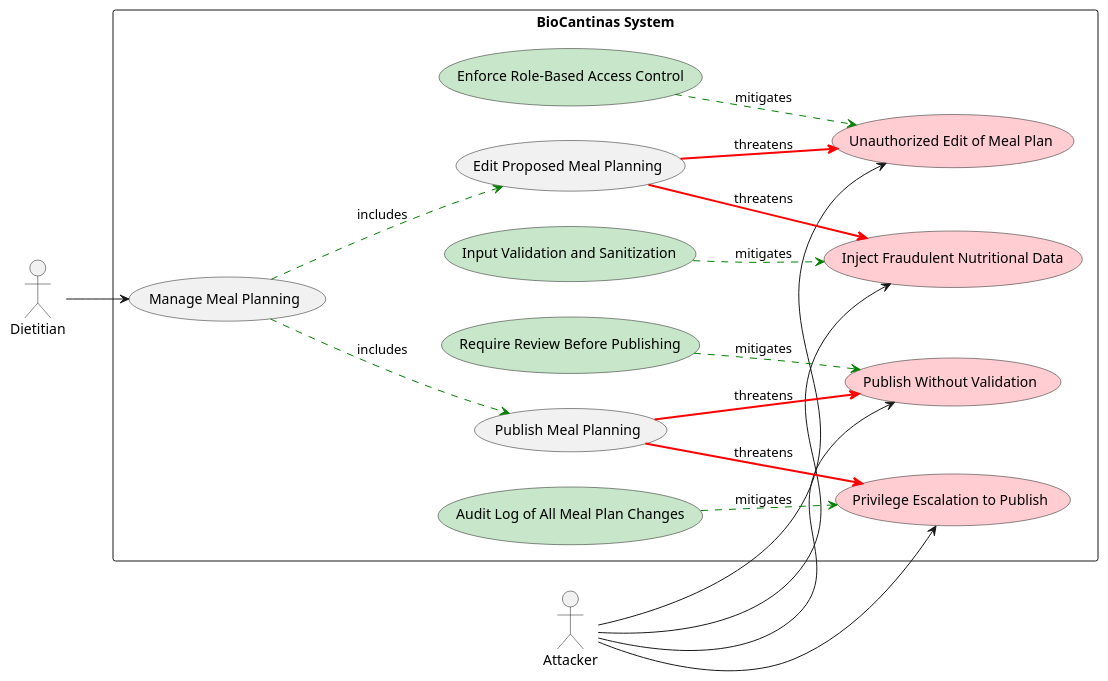
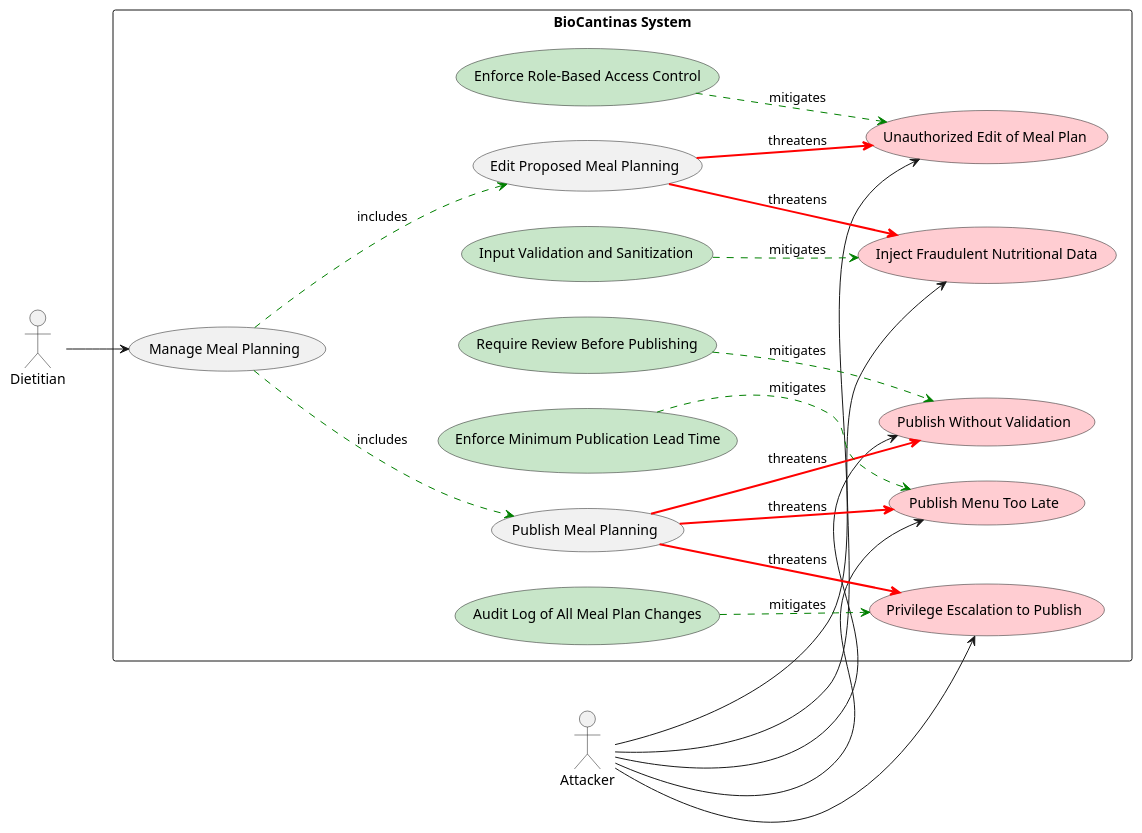
One commit to mei-desofs/desofs2026-thu_ffs_1 changed the diagram in Deliverables/phase1/diagrams/Abuse Cases/mealPlanningAbuseCase.puml. Above: the diagram before and after it, drawn with PlantUML. The commit also changed 6 other files, not shown here.

```diff
--- a/Deliverables/phase1/diagrams/Abuse Cases/mealPlanningAbuseCase.puml
+++ b/Deliverables/phase1/diagrams/Abuse Cases/mealPlanningAbuseCase.puml
@@ -1,44 +1,49 @@
 @startuml
 left to right direction
 skinparam packageStyle rectangle
 
 actor Dietitian
 actor Attacker
 
 package "BioCantinas System" {
 
     usecase "Manage Meal Planning" as ManageMealUC
     usecase "Edit Proposed Meal Planning" as EditMealUC
     usecase "Publish Meal Planning" as PublishMealUC
 
     usecase "Unauthorized Edit of Meal Plan" as UnauthorizedEditAbuse #FFCDD2
     usecase "Inject Fraudulent Nutritional Data" as InjectionAbuse #FFCDD2
     usecase "Publish Without Validation" as PublishAbuse #FFCDD2
+    usecase "Publish Menu Too Late" as LatePubAbuse #FFCDD2
     usecase "Privilege Escalation to Publish" as PrivEscAbuse #FFCDD2
 
     usecase "Enforce Role-Based Access Control" as RBACMitigate #C8E6C9
     usecase "Input Validation and Sanitization" as InputValidMitigate #C8E6C9
     usecase "Require Review Before Publishing" as ReviewMitigate #C8E6C9
+    usecase "Enforce Minimum Publication Lead Time" as LeadTimeMitigate #C8E6C9
     usecase "Audit Log of All Meal Plan Changes" as AuditMitigate #C8E6C9
 
     Dietitian --> ManageMealUC
 
     ManageMealUC .[#green].> EditMealUC : includes
     ManageMealUC .[#green].> PublishMealUC : includes
 
     Attacker --> UnauthorizedEditAbuse
     Attacker --> InjectionAbuse
     Attacker --> PublishAbuse
+    Attacker --> LatePubAbuse
     Attacker --> PrivEscAbuse
 
     EditMealUC -[#red,bold]-> UnauthorizedEditAbuse : threatens
     EditMealUC -[#red,bold]-> InjectionAbuse : threatens
     PublishMealUC -[#red,bold]-> PublishAbuse : threatens
+    PublishMealUC -[#red,bold]-> LatePubAbuse : threatens
     PublishMealUC -[#red,bold]-> PrivEscAbuse : threatens
 
     RBACMitigate -[#green,dashed]-> UnauthorizedEditAbuse : mitigates
     InputValidMitigate -[#green,dashed]-> InjectionAbuse : mitigates
     ReviewMitigate -[#green,dashed]-> PublishAbuse : mitigates
+    LeadTimeMitigate -[#green,dashed]-> LatePubAbuse : mitigates
     AuditMitigate -[#green,dashed]-> PrivEscAbuse : mitigates
 }
 @enduml
```
